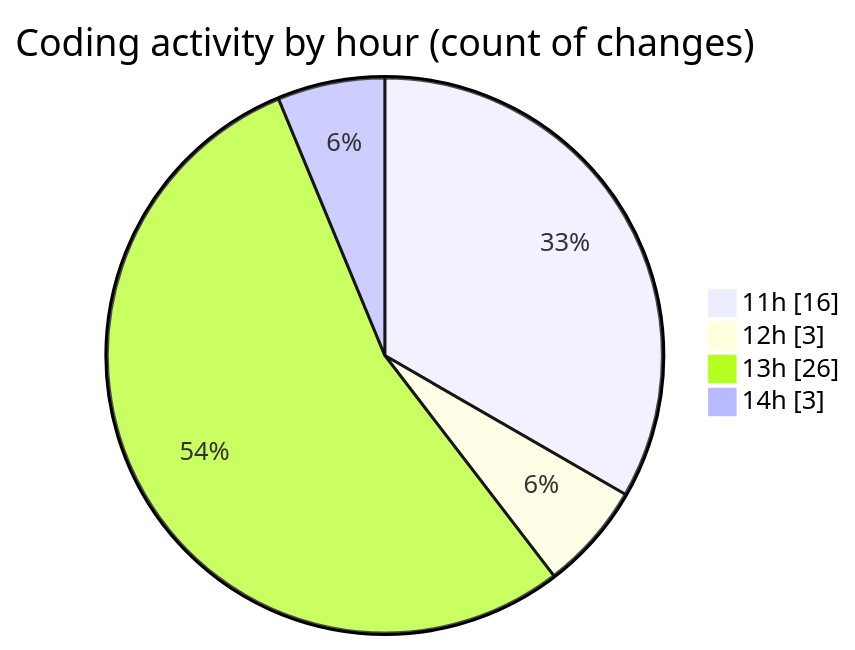
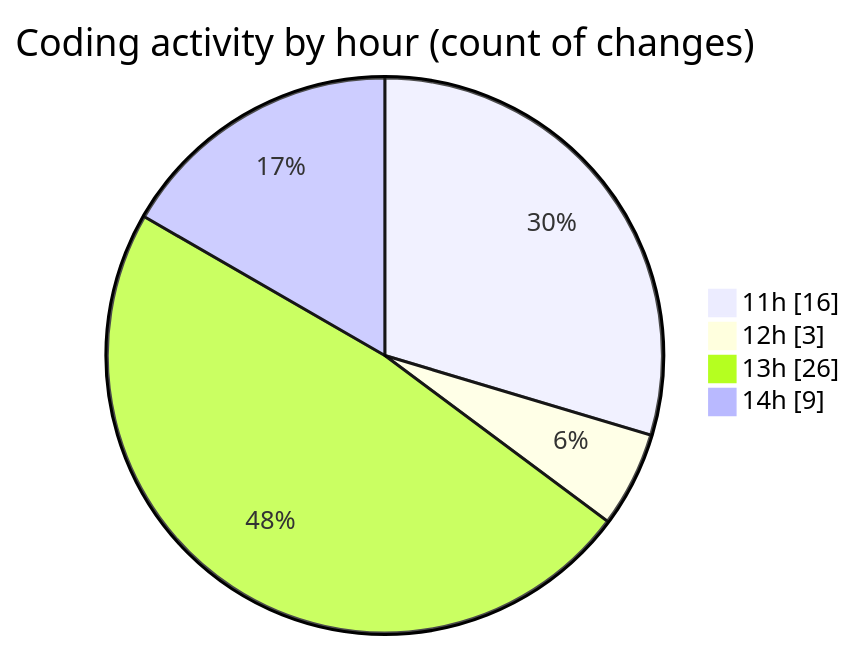
Before and after one commit to nxtqubesakshisongat/code-tracking: the second of 2 diagrams in 2026-03-31/nxtqube_webapp/README.md, drawn with Mermaid. The commit also changed other lines of this file and 1 other file, not shown here.

````diff
--- a/2026-03-31/nxtqube_webapp/README.md
+++ b/2026-03-31/nxtqube_webapp/README.md
@@ -32,8 +32,8 @@
 ```mermaid
 pie showData
 title Coding activity by hour (count of changes)
 "11h" : 16
 "12h" : 3
 "13h" : 26
-"14h" : 3
+"14h" : 9
 ```
````
